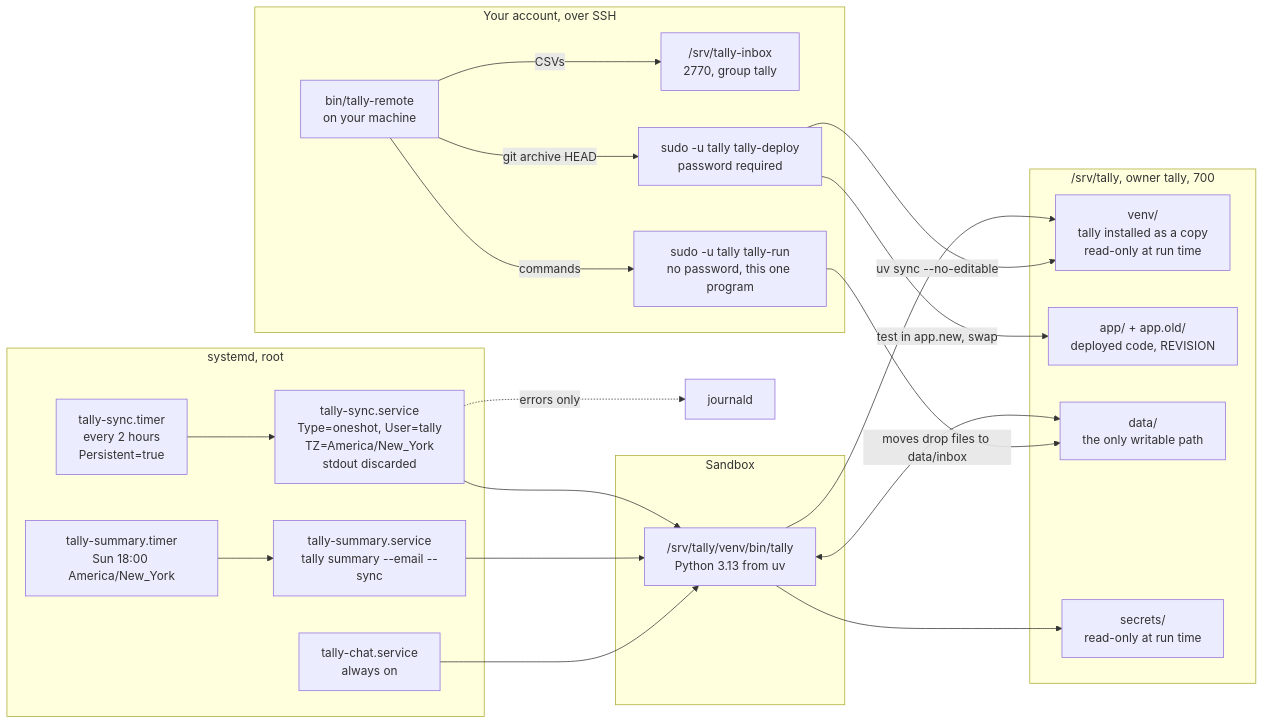
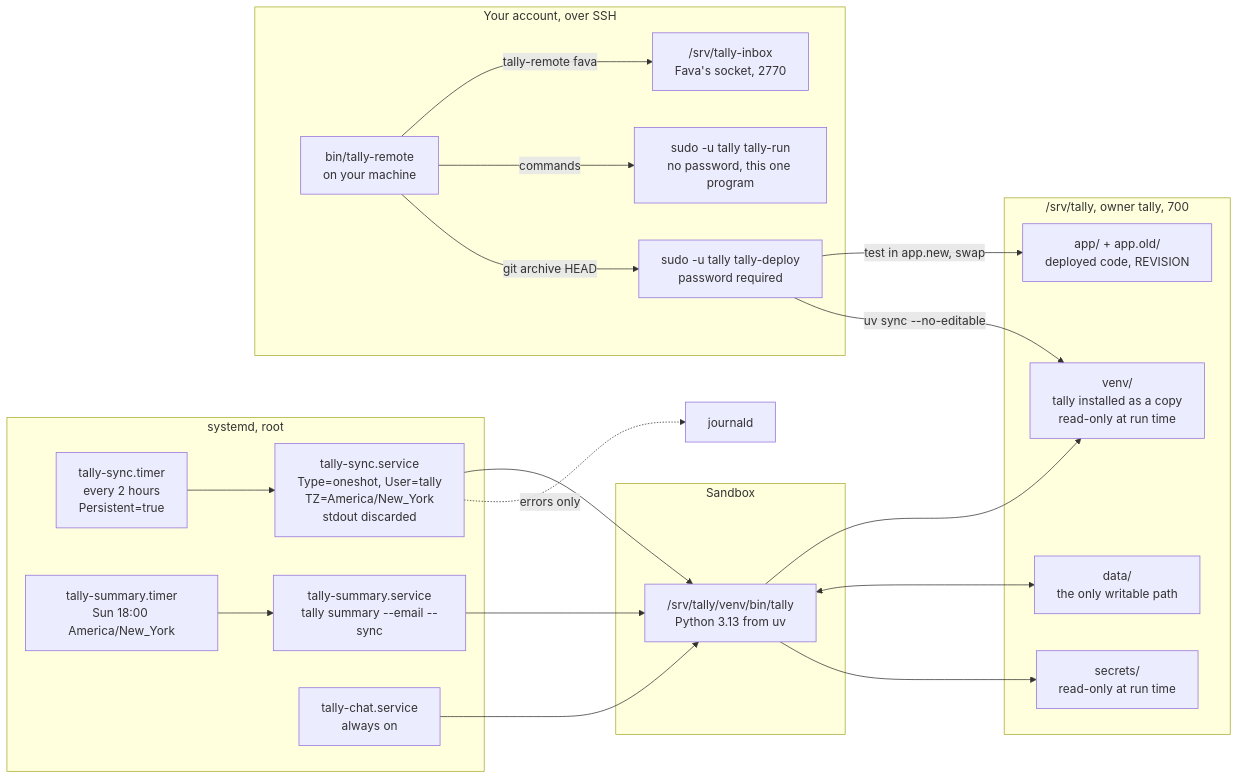
The sixth of 6 diagrams in docs/architecture.md (vmenon04/tally), drawn with Mermaid before and after one commit. The commit also changed other lines of this file and 47 other files, not shown here.

````diff
--- a/docs/architecture.md
+++ b/docs/architecture.md
@@ -247,43 +228,42 @@
 ```mermaid
 flowchart LR
     subgraph systemd["systemd, root"]
         sync_timer["tally-sync.timer<br/>every 2 hours<br/>Persistent=true"]
         sync_service["tally-sync.service<br/>Type=oneshot, User=tally<br/>TZ=America/New_York<br/>stdout discarded"]
         summary_timer["tally-summary.timer<br/>Sun 18:00 America/New_York"]
         summary_service["tally-summary.service<br/>tally summary --email --sync"]
         chat_service["tally-chat.service<br/>always on"]
     end
 
     subgraph sandbox["Sandbox"]
         bin["/srv/tally/venv/bin/tally<br/>Python 3.13 from uv"]
     end
 
     subgraph fs["/srv/tally, owner tally, 700"]
         venv["venv/<br/>tally installed as a copy<br/>read-only at run time"]
         app["app/ + app.old/<br/>deployed code, REVISION"]
         datadir["data/<br/>the only writable path"]
         secretsdir["secrets/<br/>read-only at run time"]
     end
 
     subgraph you["Your account, over SSH"]
         remote["bin/tally-remote<br/>on your machine"]
-        drop["/srv/tally-inbox<br/>2770, group tally"]
+        drop["/srv/tally-inbox<br/>Fava's socket, 2770"]
         run["sudo -u tally tally-run<br/>no password, this one program"]
         deploy["sudo -u tally tally-deploy<br/>password required"]
     end
 
     sync_timer --> sync_service --> bin
     summary_timer --> summary_service --> bin
     chat_service --> bin
     bin --> venv
     bin <--> datadir
     bin --> secretsdir
     sync_service -. "errors only" .-> journal["journald"]
 
-    remote -- "CSVs" --> drop
+    remote -- "tally-remote fava" --> drop
     remote -- "commands" --> run
     remote -- "git archive HEAD" --> deploy
-    run -- "moves drop files to data/inbox" --> datadir
     deploy -- "test in app.new, swap" --> app
     deploy -- "uv sync --no-editable" --> venv
 ```
````
